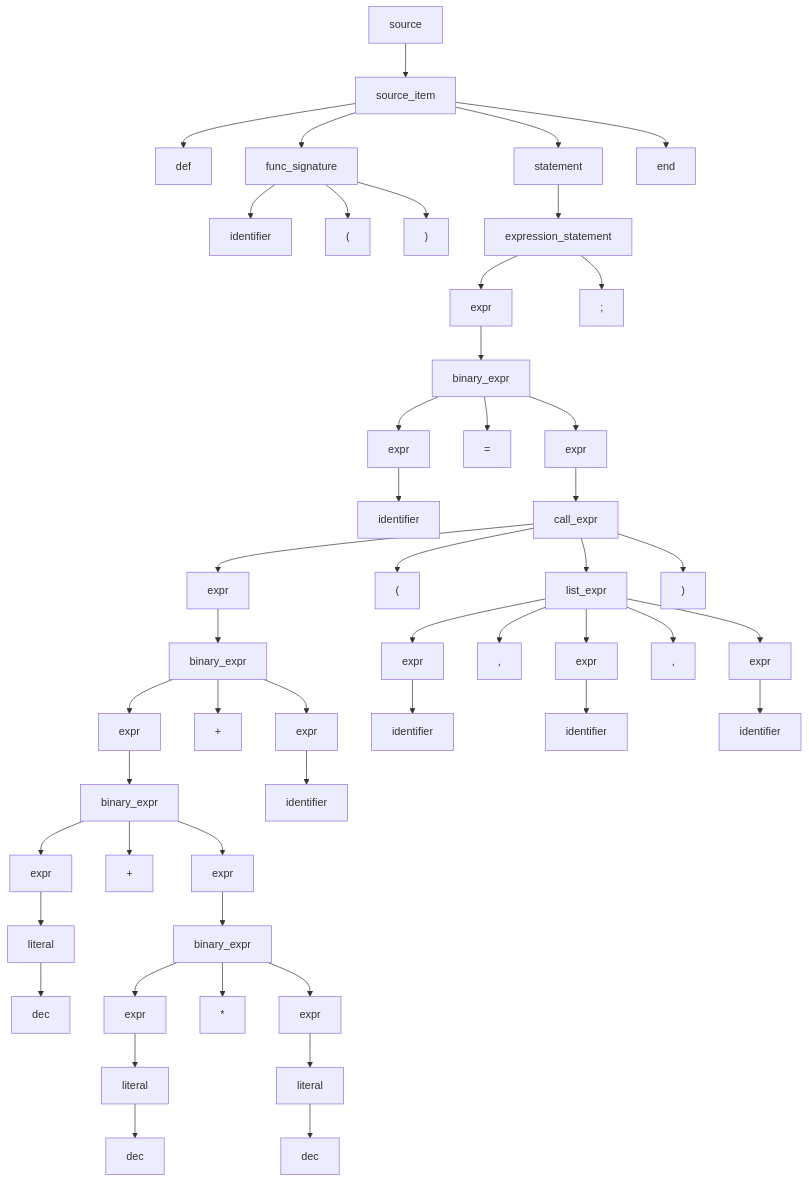
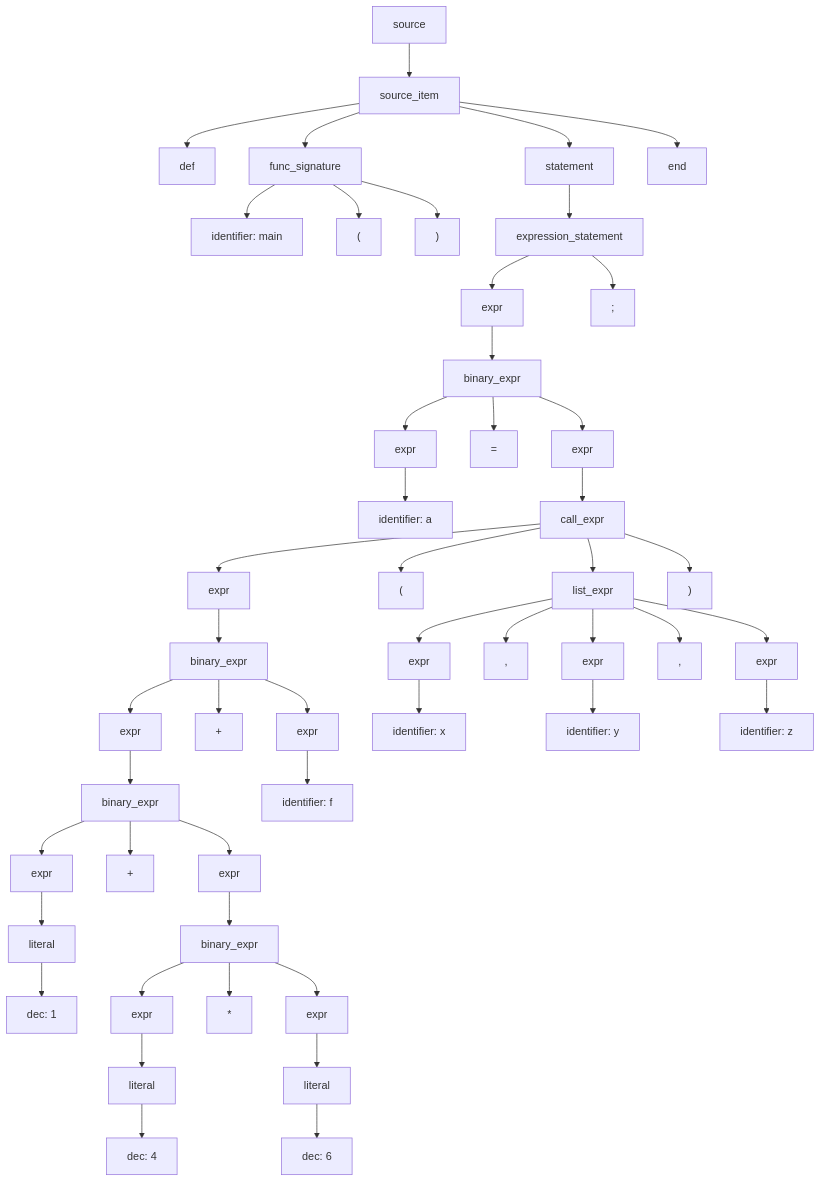
The diagram in ast.mmd (ErnandesDaniel/system-software-lab-1), drawn with Mermaid before and after one commit. The commit also changed 1 other file, not shown here.

```diff
--- a/ast.mmd
+++ b/ast.mmd
@@ -1,98 +1,98 @@
 graph TD;
 N0["source"]
 N1["source_item"]
 N0 --> N1
 N2["def"]
 N1 --> N2
 N3["func_signature"]
 N1 --> N3
-N4["identifier"]
+N4["identifier: main"]
 N3 --> N4
 N5["("]
 N3 --> N5
 N6[")"]
 N3 --> N6
 N7["statement"]
 N1 --> N7
 N8["expression_statement"]
 N7 --> N8
 N9["expr"]
 N8 --> N9
 N10["binary_expr"]
 N9 --> N10
 N11["expr"]
 N10 --> N11
-N12["identifier"]
+N12["identifier: a"]
 N11 --> N12
 N13["="]
 N10 --> N13
 N14["expr"]
 N10 --> N14
 N15["call_expr"]
 N14 --> N15
 N16["expr"]
 N15 --> N16
 N17["binary_expr"]
 N16 --> N17
 N18["expr"]
 N17 --> N18
 N19["binary_expr"]
 N18 --> N19
 N20["expr"]
 N19 --> N20
 N21["literal"]
 N20 --> N21
-N22["dec"]
+N22["dec: 1"]
 N21 --> N22
 N23["+"]
 N19 --> N23
 N24["expr"]
 N19 --> N24
 N25["binary_expr"]
 N24 --> N25
 N26["expr"]
 N25 --> N26
 N27["literal"]
 N26 --> N27
-N28["dec"]
+N28["dec: 4"]
 N27 --> N28
 N29["*"]
 N25 --> N29
 N30["expr"]
 N25 --> N30
 N31["literal"]
 N30 --> N31
-N32["dec"]
+N32["dec: 6"]
 N31 --> N32
 N33["+"]
 N17 --> N33
 N34["expr"]
 N17 --> N34
-N35["identifier"]
+N35["identifier: f"]
 N34 --> N35
 N36["("]
 N15 --> N36
 N37["list_expr"]
 N15 --> N37
 N38["expr"]
 N37 --> N38
-N39["identifier"]
+N39["identifier: x"]
 N38 --> N39
 N40[","]
 N37 --> N40
 N41["expr"]
 N37 --> N41
-N42["identifier"]
+N42["identifier: y"]
 N41 --> N42
 N43[","]
 N37 --> N43
 N44["expr"]
 N37 --> N44
-N45["identifier"]
+N45["identifier: z"]
 N44 --> N45
 N46[")"]
 N15 --> N46
 N47[";"]
 N8 --> N47
 N48["end"]
 N1 --> N48
```
